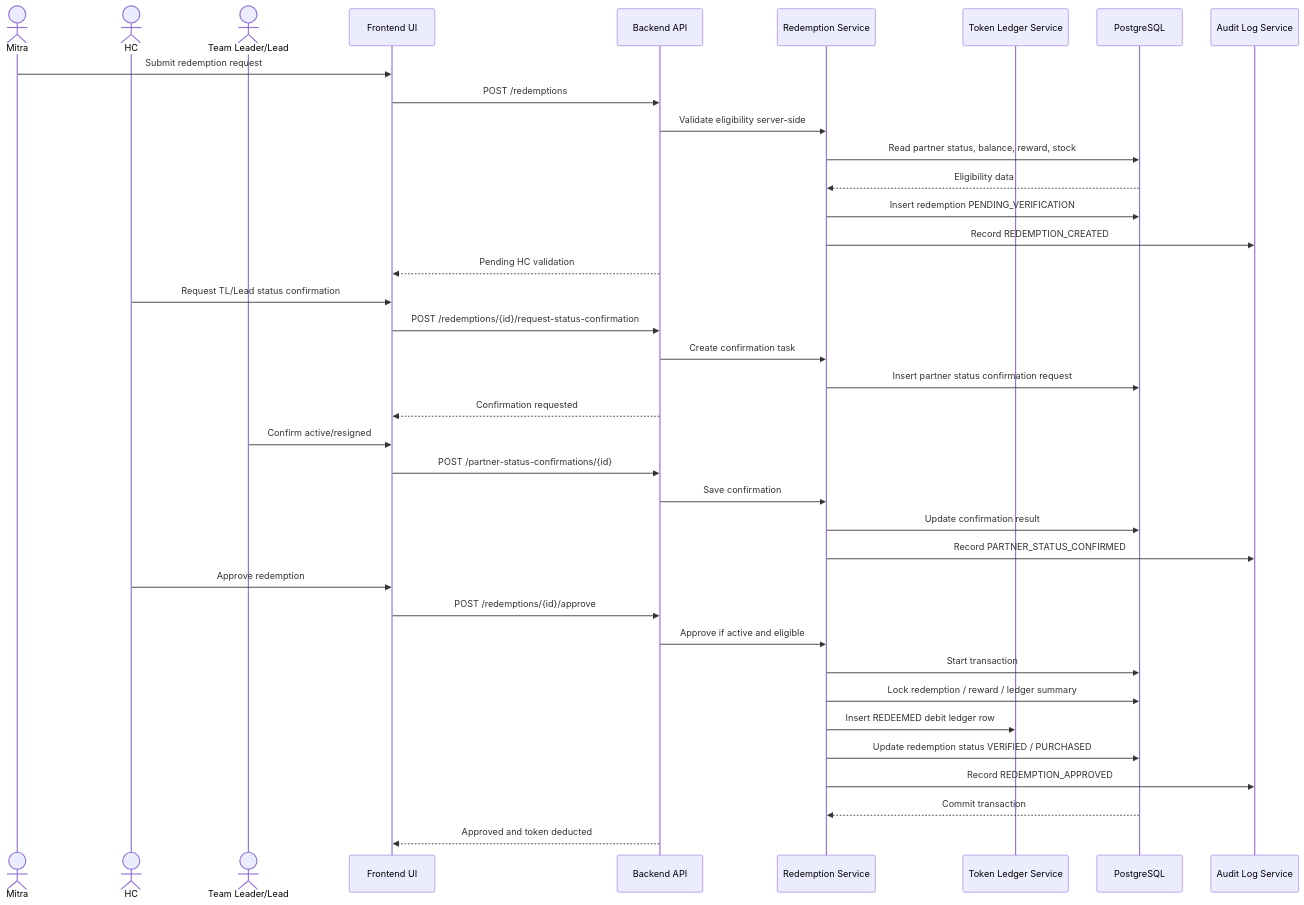
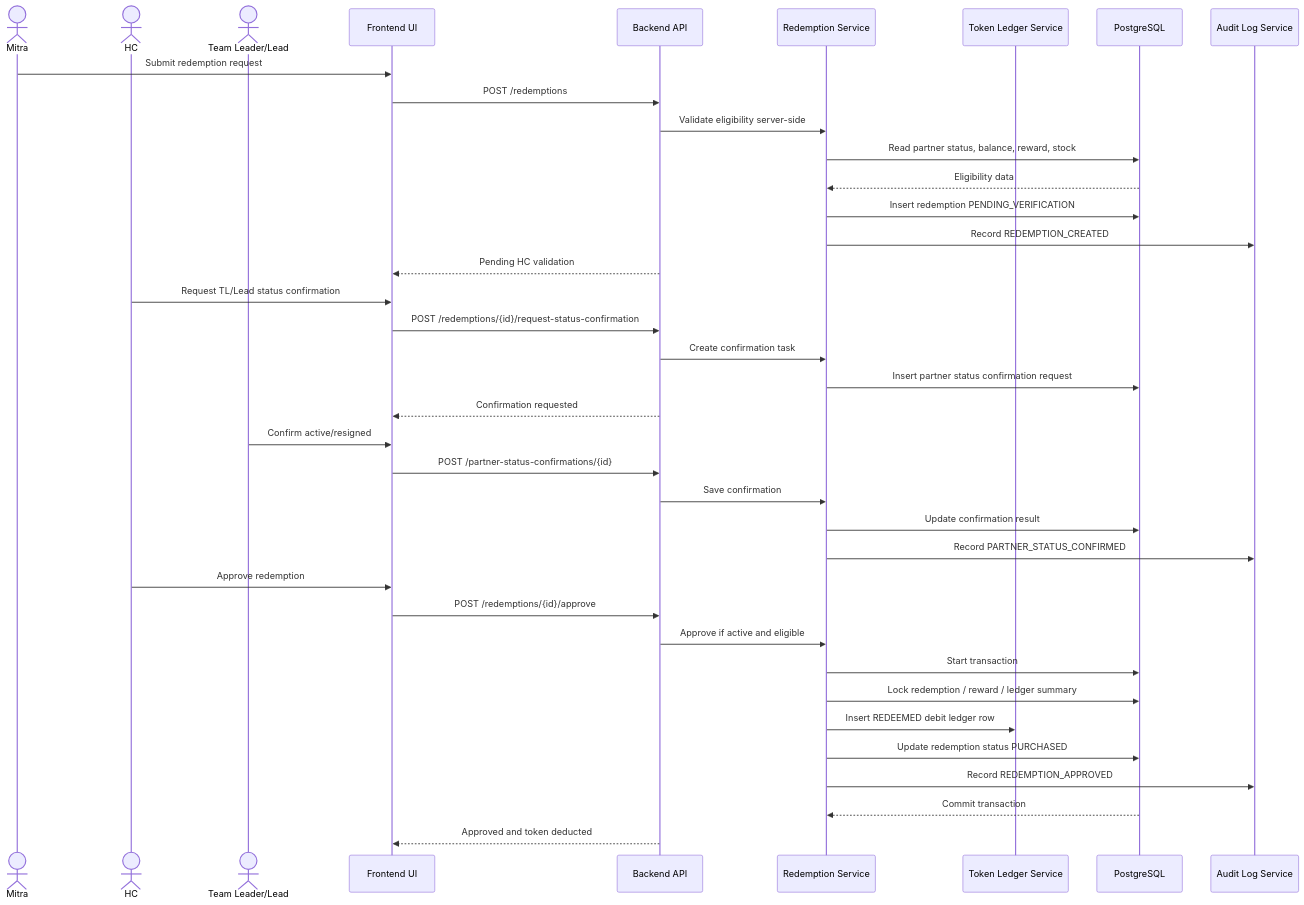
The sixth of 8 diagrams in PRD_Sprint_2_1_Loyalty_Program.md (Adrian463588/TechnoLoyaltyProgram), drawn with Mermaid before and after one commit. The commit also changed other lines of this file and 156 other files, not shown here.

Commit message:
feat(security-core): enforce devsecops compliance, tier hardening, and architecture alignment

````diff
--- a/PRD_Sprint_2_1_Loyalty_Program.md
+++ b/PRD_Sprint_2_1_Loyalty_Program.md
@@ -549,44 +547,44 @@
 ```mermaid
 sequenceDiagram
   actor Mitra
   actor HC
   actor TL as Team Leader/Lead
   participant UI as Frontend UI
   participant API as Backend API
   participant RedemptionService as Redemption Service
   participant TokenService as Token Ledger Service
   participant DB as PostgreSQL
   participant Audit as Audit Log Service
 
   Mitra->>UI: Submit redemption request
   UI->>API: POST /redemptions
   API->>RedemptionService: Validate eligibility server-side
   RedemptionService->>DB: Read partner status, balance, reward, stock
   DB-->>RedemptionService: Eligibility data
   RedemptionService->>DB: Insert redemption PENDING_VERIFICATION
   RedemptionService->>Audit: Record REDEMPTION_CREATED
   API-->>UI: Pending HC validation
 
   HC->>UI: Request TL/Lead status confirmation
   UI->>API: POST /redemptions/{id}/request-status-confirmation
   API->>RedemptionService: Create confirmation task
   RedemptionService->>DB: Insert partner status confirmation request
   API-->>UI: Confirmation requested
 
   TL->>UI: Confirm active/resigned
   UI->>API: POST /partner-status-confirmations/{id}
   API->>RedemptionService: Save confirmation
   RedemptionService->>DB: Update confirmation result
   RedemptionService->>Audit: Record PARTNER_STATUS_CONFIRMED
 
   HC->>UI: Approve redemption
   UI->>API: POST /redemptions/{id}/approve
   API->>RedemptionService: Approve if active and eligible
   RedemptionService->>DB: Start transaction
   RedemptionService->>DB: Lock redemption / reward / ledger summary
   RedemptionService->>TokenService: Insert REDEEMED debit ledger row
-  RedemptionService->>DB: Update redemption status VERIFIED / PURCHASED
+  RedemptionService->>DB: Update redemption status PURCHASED
   RedemptionService->>Audit: Record REDEMPTION_APPROVED
   DB-->>RedemptionService: Commit transaction
   API-->>UI: Approved and token deducted
 ```
````
